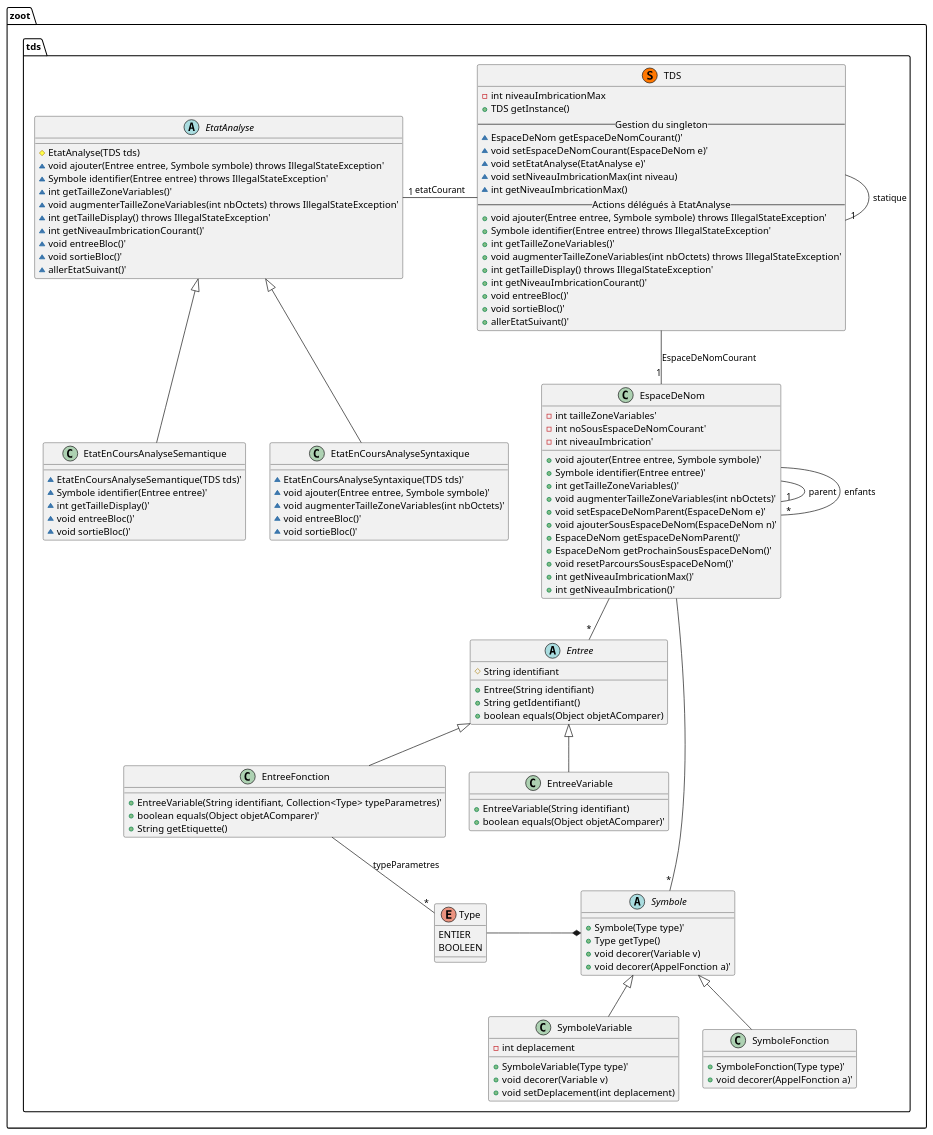
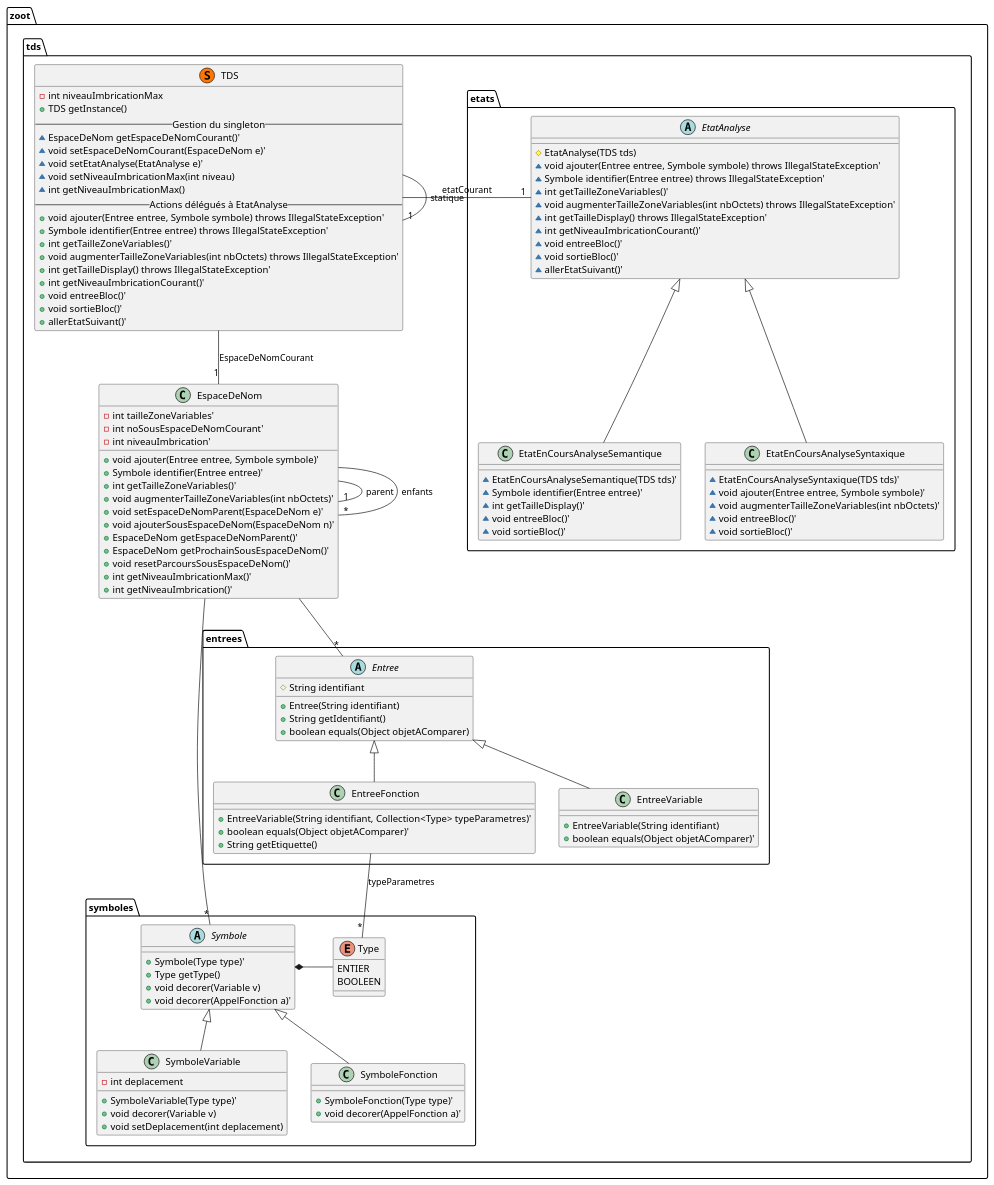
The diagram in diagrammes/classe/tds.puml (lmtb06/zoot), drawn with PlantUML before and after one commit.

Commit message:
Decoupage du package tds en plusieurs petits packages

```diff
--- a/diagrammes/classe/tds.puml
+++ b/diagrammes/classe/tds.puml
@@ -1,134 +1,141 @@
 @startuml "tds"
 
 namespace zoot.tds {
   ' Includes
 
   ' Classes
   class TDS << (S,#FF7700) >> {
     - int niveauImbricationMax
     + TDS getInstance()
     -- Gestion du singleton --
     ~ EspaceDeNom getEspaceDeNomCourant()'
     ~ void setEspaceDeNomCourant(EspaceDeNom e)'
     ~ void setEtatAnalyse(EtatAnalyse e)'
     ~ void setNiveauImbricationMax(int niveau)
     ~ int getNiveauImbricationMax()
     -- Actions délégués à EtatAnalyse --
     + void ajouter(Entree entree, Symbole symbole) throws IllegalStateException'
     + Symbole identifier(Entree entree) throws IllegalStateException'
     + int getTailleZoneVariables()'
     + void augmenterTailleZoneVariables(int nbOctets) throws IllegalStateException'
     + int getTailleDisplay() throws IllegalStateException'
     + int getNiveauImbricationCourant()'
     + void entreeBloc()'
     + void sortieBloc()'
     + allerEtatSuivant()'
   }
 
   class EspaceDeNom {
     - int tailleZoneVariables'
     - int noSousEspaceDeNomCourant'
     - int niveauImbrication'
     + void ajouter(Entree entree, Symbole symbole)'
     + Symbole identifier(Entree entree)'
     + int getTailleZoneVariables()'
     + void augmenterTailleZoneVariables(int nbOctets)'
     + void setEspaceDeNomParent(EspaceDeNom e)'
     + void ajouterSousEspaceDeNom(EspaceDeNom n)'
     + EspaceDeNom getEspaceDeNomParent()'
     + EspaceDeNom getProchainSousEspaceDeNom()'
     + void resetParcoursSousEspaceDeNom()'
     + int getNiveauImbricationMax()'
     + int getNiveauImbrication()'
   }
 
-  abstract EtatAnalyse {
-    # EtatAnalyse(TDS tds)
-    ~ void ajouter(Entree entree, Symbole symbole) throws IllegalStateException'
-    ~ Symbole identifier(Entree entree) throws IllegalStateException'
-    ~ int getTailleZoneVariables()'
-    ~ void augmenterTailleZoneVariables(int nbOctets) throws IllegalStateException'
-    ~ int getTailleDisplay() throws IllegalStateException'
-    ~ int getNiveauImbricationCourant()'
-    ~ void entreeBloc()'
-    ~ void sortieBloc()'
-    ~ allerEtatSuivant()'
+  namespace etats {
+    abstract EtatAnalyse {
+      # EtatAnalyse(TDS tds)
+      ~ void ajouter(Entree entree, Symbole symbole) throws IllegalStateException'
+      ~ Symbole identifier(Entree entree) throws IllegalStateException'
+      ~ int getTailleZoneVariables()'
+      ~ void augmenterTailleZoneVariables(int nbOctets) throws IllegalStateException'
+      ~ int getTailleDisplay() throws IllegalStateException'
+      ~ int getNiveauImbricationCourant()'
+      ~ void entreeBloc()'
+      ~ void sortieBloc()'
+      ~ allerEtatSuivant()'
+    }
+
+    class EtatEnCoursAnalyseSyntaxique {
+      ~ EtatEnCoursAnalyseSyntaxique(TDS tds)'
+      ~ void ajouter(Entree entree, Symbole symbole)'
+      ~ void augmenterTailleZoneVariables(int nbOctets)'
+      ~ void entreeBloc()'
+      ~ void sortieBloc()'
+    }
+
+    class EtatEnCoursAnalyseSemantique {
+      ~ EtatEnCoursAnalyseSemantique(TDS tds)'
+      ~ Symbole identifier(Entree entree)'
+      ~ int getTailleDisplay()'
+      ~ void entreeBloc()'
+      ~ void sortieBloc()'
+    }
   }
 
-  class EtatEnCoursAnalyseSyntaxique {
-    ~ EtatEnCoursAnalyseSyntaxique(TDS tds)'
-    ~ void ajouter(Entree entree, Symbole symbole)'
-    ~ void augmenterTailleZoneVariables(int nbOctets)'
-    ~ void entreeBloc()'
-    ~ void sortieBloc()'
+
+  namespace entrees {
+    abstract class Entree {
+      # String identifiant
+      + Entree(String identifiant)
+      + String getIdentifiant()
+      + boolean equals(Object objetAComparer)
+    }
+
+    class EntreeVariable {
+      + EntreeVariable(String identifiant)
+      + boolean equals(Object objetAComparer)'
+    }
+
+    class EntreeFonction {
+      + EntreeVariable(String identifiant, Collection<Type> typeParametres)'
+      + boolean equals(Object objetAComparer)'
+      + String getEtiquette()
+    }
   }
 
-  class EtatEnCoursAnalyseSemantique {
-    ~ EtatEnCoursAnalyseSemantique(TDS tds)'
-    ~ Symbole identifier(Entree entree)'
-    ~ int getTailleDisplay()'
-    ~ void entreeBloc()'
-    ~ void sortieBloc()'
-  }
+  namespace symboles {
+    abstract class Symbole {
+      + Symbole(Type type)'
+      + Type getType()
+      + void decorer(Variable v)
+      + void decorer(AppelFonction a)'
+    }
 
-  abstract class Entree {
-    # String identifiant
-    + Entree(String identifiant)
-    + String getIdentifiant()
-    + boolean equals(Object objetAComparer)
-  }
+    class SymboleVariable {
+      - int deplacement
+      + SymboleVariable(Type type)'
+      + void decorer(Variable v)
+      + void setDeplacement(int deplacement)
+    }
 
-  class EntreeVariable {
-    + EntreeVariable(String identifiant)
-    + boolean equals(Object objetAComparer)'
-  }
+    class SymboleFonction {
+      + SymboleFonction(Type type)'
+      + void decorer(AppelFonction a)'
+    }
 
-  class EntreeFonction {
-    + EntreeVariable(String identifiant, Collection<Type> typeParametres)'
-    + boolean equals(Object objetAComparer)'
-    + String getEtiquette()
-  }
-
-  abstract class Symbole {
-    + Symbole(Type type)'
-    + Type getType()
-    + void decorer(Variable v)
-    + void decorer(AppelFonction a)'
-  }
-
-  class SymboleVariable {
-    - int deplacement
-    + SymboleVariable(Type type)'
-    + void decorer(Variable v)
-    + void setDeplacement(int deplacement)
-  }
-
-  class SymboleFonction {
-    + SymboleFonction(Type type)'
-    + void decorer(AppelFonction a)'
-  }
-
-  enum Type {
-    ENTIER
-    BOOLEEN
+    enum Type {
+      ENTIER
+      BOOLEEN
+    }
   }
 
   ' Relations entre les classes
   TDS --"1" TDS : statique
   TDS --"1" EspaceDeNom : EspaceDeNomCourant
   TDS -left-"1" EtatAnalyse : etatCourant
   EspaceDeNom --"*" Entree
   EspaceDeNom --"*" Symbole
   Symbole *-left- Type
   SymboleVariable -up-|> Symbole
   EntreeVariable -up-|> Entree
   SymboleFonction -up-|> Symbole
   EntreeFonction -up-|> Entree
   EntreeFonction --"*" Type : typeParametres
   EtatEnCoursAnalyseSemantique -up-|> EtatAnalyse
   EtatEnCoursAnalyseSyntaxique -up-|> EtatAnalyse
   EspaceDeNom --"1" EspaceDeNom : parent
   EspaceDeNom --"*" EspaceDeNom : enfants
 }
 
 @enduml
```
